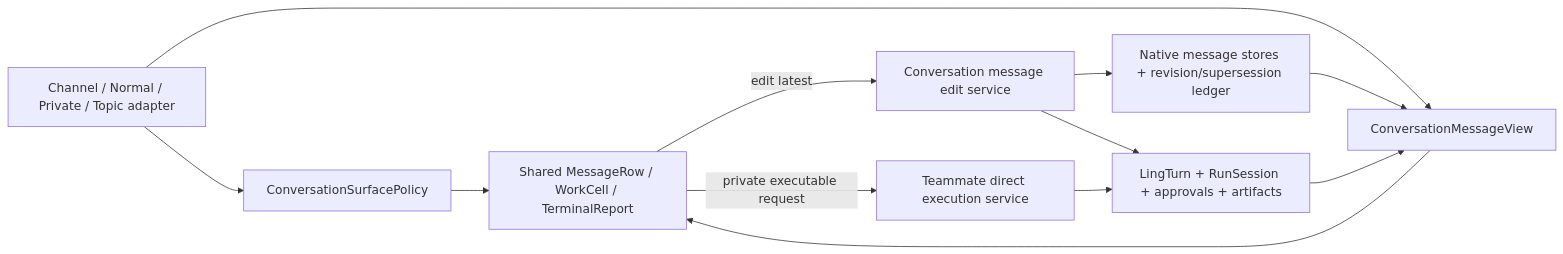
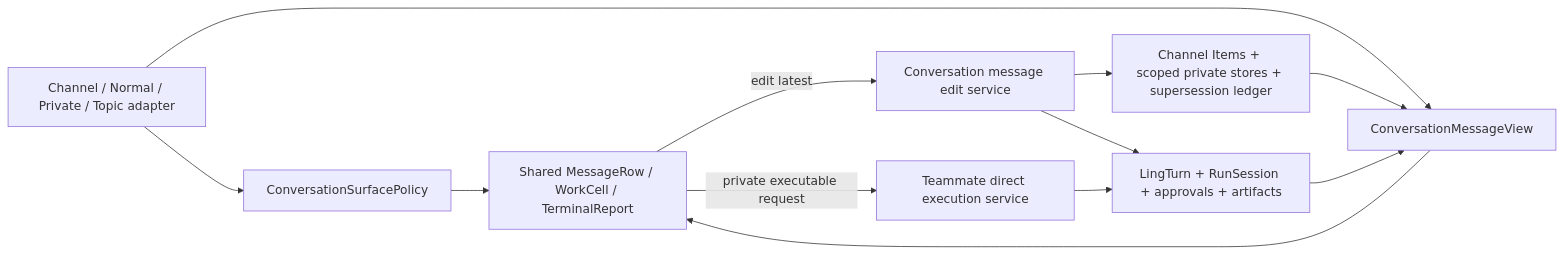
Before and after one commit to ling-stack-org/ling-stack: the first of 3 diagrams in docs/design/conversation-shared-capabilities-detailed-design.md, drawn with Mermaid. The commit also changed other lines of this file and 11 other files, not shown here.

````diff
--- a/docs/design/conversation-shared-capabilities-detailed-design.md
+++ b/docs/design/conversation-shared-capabilities-detailed-design.md
@@ -65,23 +67,23 @@
 ```mermaid
 flowchart LR
   Surface["Channel / Normal / Private / Topic adapter"]
   Policy["ConversationSurfacePolicy"]
   View["ConversationMessageView"]
   UI["Shared MessageRow / WorkCell / TerminalReport"]
   Edit["Conversation message edit service"]
   Direct["Teammate direct execution service"]
-  Stores["Native message stores + revision/supersession ledger"]
+  Stores["Channel Items + scoped private stores + supersession ledger"]
   Runtime["LingTurn + RunSession + approvals + artifacts"]
 
   Surface --> Policy
   Surface --> View
   Policy --> UI
   View --> UI
   UI -->|"edit latest"| Edit
   UI -->|"private executable request"| Direct
   Edit --> Stores
   Edit --> Runtime
   Direct --> Runtime
   Stores --> View
   Runtime --> View
 ```
````
